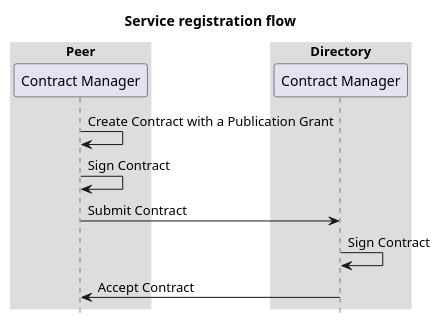
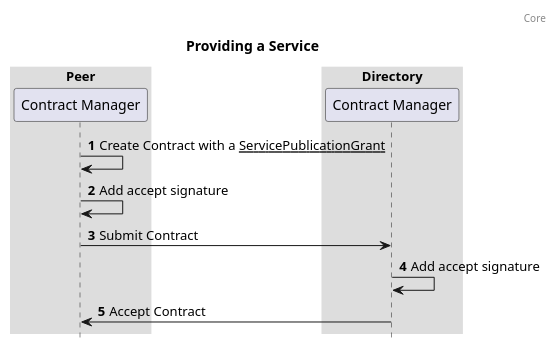
Before and after one commit to Logius-standaarden/fsc-core: the diagram in diagrams/seq-providing-a-service.puml, drawn with PlantUML. The commit also changed 7 other files, not shown here.

Commit message:
improved sequence diagrams

```diff
--- a/diagrams/seq-providing-a-service.puml
+++ b/diagrams/seq-providing-a-service.puml
@@ -1,20 +1,23 @@
 @startuml
-title: Service registration flow
+
+autonumber
+header: Core
+title: Providing a Service
 
 box "Peer"
   participant "Contract Manager" as contractManagerPeer
 end box
 box "Directory"
   participant "Contract Manager" as contractManagerDirectory
 end box
 
-contractManagerPeer -> contractManagerPeer: Create Contract with a Publication Grant
-contractManagerPeer -> contractManagerPeer: Sign Contract
+contractManagerPeer -> contractManagerPeer: Create Contract with a __ServicePublicationGrant__
+contractManagerPeer -> contractManagerPeer: Add accept signature
 contractManagerPeer -> contractManagerDirectory: Submit Contract
-contractManagerDirectory -> contractManagerDirectory: Sign Contract
+contractManagerDirectory -> contractManagerDirectory: Add accept signature
 contractManagerDirectory -> contractManagerPeer: Accept Contract
 
 skinparam sequenceBoxBorderColor #transparent
 skinparam boxPadding 50
 hide footbox
 @enduml
```
